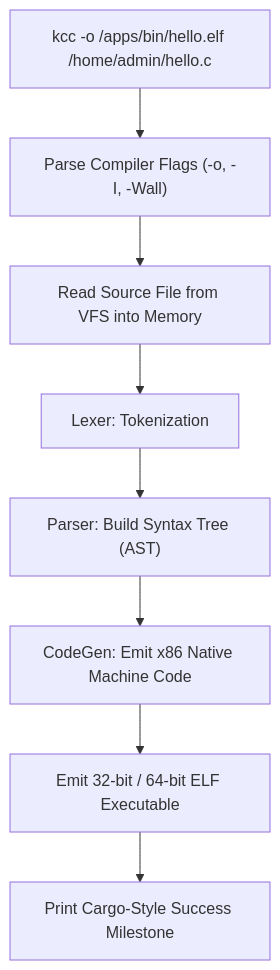
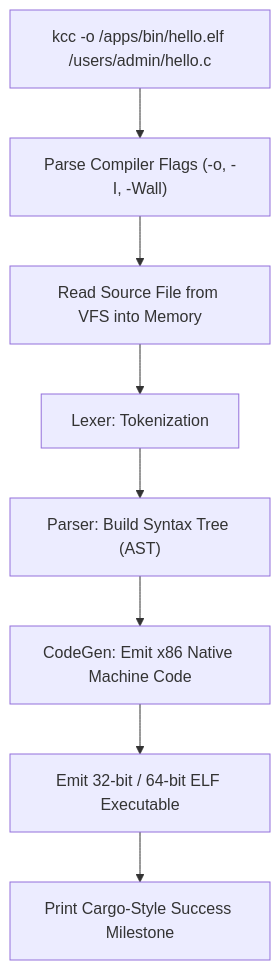
One commit to mrvlous/keira changed the diagram in docs/userland/compiler/driver.md. Above: the diagram before and after it, drawn with Mermaid. The commit also changed other lines of this file and 18 other files, not shown here.

````diff
--- a/docs/userland/compiler/driver.md
+++ b/docs/userland/compiler/driver.md
@@ -11,10 +11,10 @@
 ```mermaid
 graph TD
-    CLI["kcc -o /apps/bin/hello.elf /home/admin/hello.c"] --> ParseArgs["Parse Compiler Flags (-o, -I, -Wall)"]
+    CLI["kcc -o /apps/bin/hello.elf /users/admin/hello.c"] --> ParseArgs["Parse Compiler Flags (-o, -I, -Wall)"]
     ParseArgs --> ReadFile["Read Source File from VFS into Memory"]
     ReadFile --> Lex["Lexer: Tokenization"]
     Lex --> Parse["Parser: Build Syntax Tree (AST)"]
     Parse --> Gen["CodeGen: Emit x86 Native Machine Code"]
     Gen --> WriteELF["Emit 32-bit / 64-bit ELF Executable"]
     WriteELF --> PrintStatus["Print Cargo-Style Success Milestone"]
 ```
````
